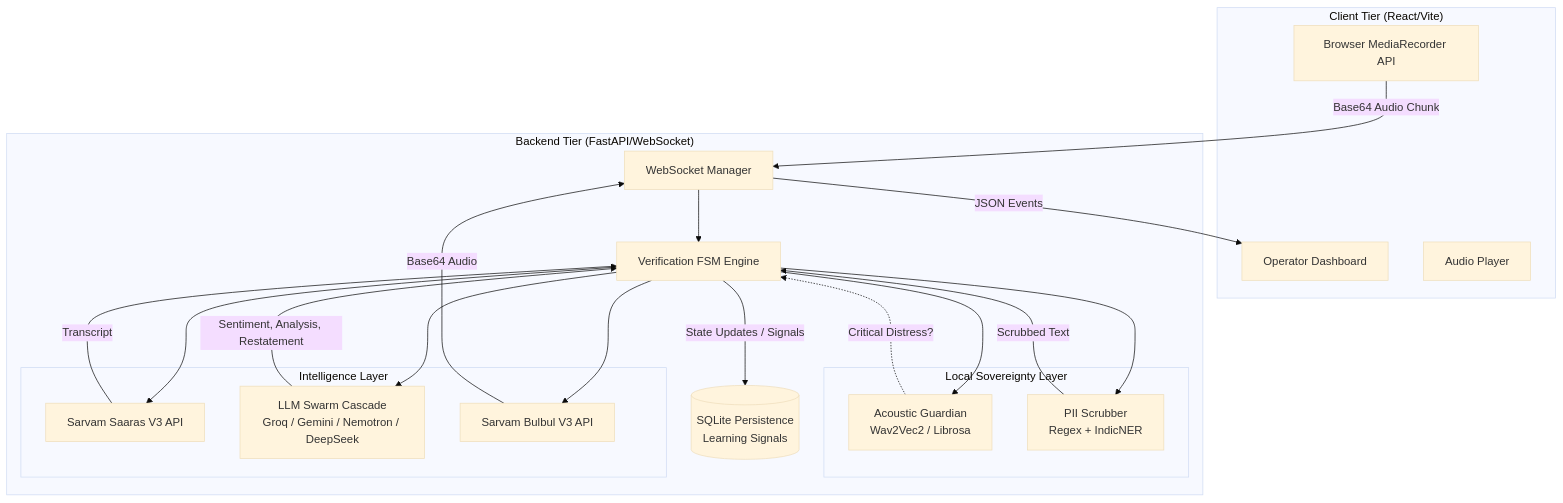
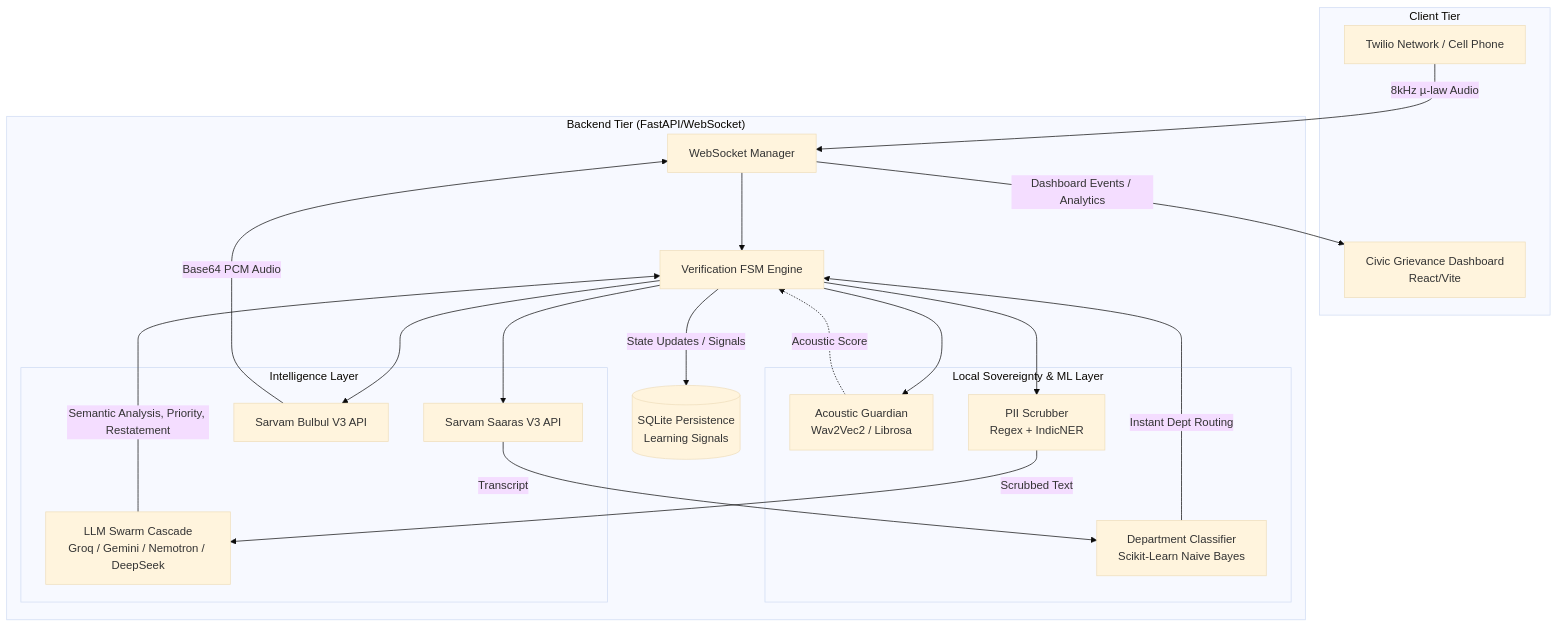
One commit to amaansyed27/samvaad-1092 changed the diagram in docs/architecture.md. Above: the diagram before and after it, drawn with Mermaid (base theme). The commit also changed other lines of this file and 1 other file, not shown here.

Commit message:
feat(app): finalize Civic Grievance Management System with ML routing UI, updated prompts, and accurate docs

````diff
--- a/docs/architecture.md
+++ b/docs/architecture.md
@@ -7,47 +7,47 @@
 ```mermaid
 graph TB
-    subgraph "Client Tier (React/Vite)"
-        UI[Operator Dashboard]
-        MIC[Browser MediaRecorder API]
-        TTS_P[Audio Player]
+    subgraph "Client Tier"
+        UI[Civic Grievance Dashboard<br>React/Vite]
+        TELE[Twilio Network / Cell Phone]
     end
 
     subgraph "Backend Tier (FastAPI/WebSocket)"
         WS[WebSocket Manager]
         FSM[Verification FSM Engine]
         
-        subgraph "Local Sovereignty Layer"
+        subgraph "Local Sovereignty & ML Layer"
             AG[Acoustic Guardian<br>Wav2Vec2 / Librosa]
+            ML[Department Classifier<br>Scikit-Learn Naive Bayes]
             PII[PII Scrubber<br>Regex + IndicNER]
         end
         
         subgraph "Intelligence Layer"
             STT[Sarvam Saaras V3 API]
             LLM[LLM Swarm Cascade<br>Groq / Gemini / Nemotron / DeepSeek]
             TTS[Sarvam Bulbul V3 API]
         end
         
         DB[(SQLite Persistence<br>Learning Signals)]
     end
 
-    MIC -- Base64 Audio Chunk --> WS
+    TELE -- 8kHz µ-law Audio --> WS
     WS --> FSM
     
     FSM --> AG
-    AG -.->|Critical Distress?| FSM
+    AG -.->|Acoustic Score| FSM
     
     FSM --> STT
-    STT -- Transcript --> FSM
+    STT -- Transcript --> ML
+    ML -- Instant Dept Routing --> FSM
     
     FSM --> PII
-    PII -- Scrubbed Text --> FSM
+    PII -- Scrubbed Text --> LLM
     
-    FSM --> LLM
-    LLM -- Sentiment, Analysis, Restatement --> FSM
+    LLM -- Semantic Analysis, Priority, Restatement --> FSM
     
     FSM --> TTS
-    TTS -- Base64 Audio --> WS
+    TTS -- Base64 PCM Audio --> WS
     
     FSM -- State Updates / Signals --> DB
-    WS -- JSON Events --> UI
+    WS -- Dashboard Events / Analytics --> UI
 ```
````
